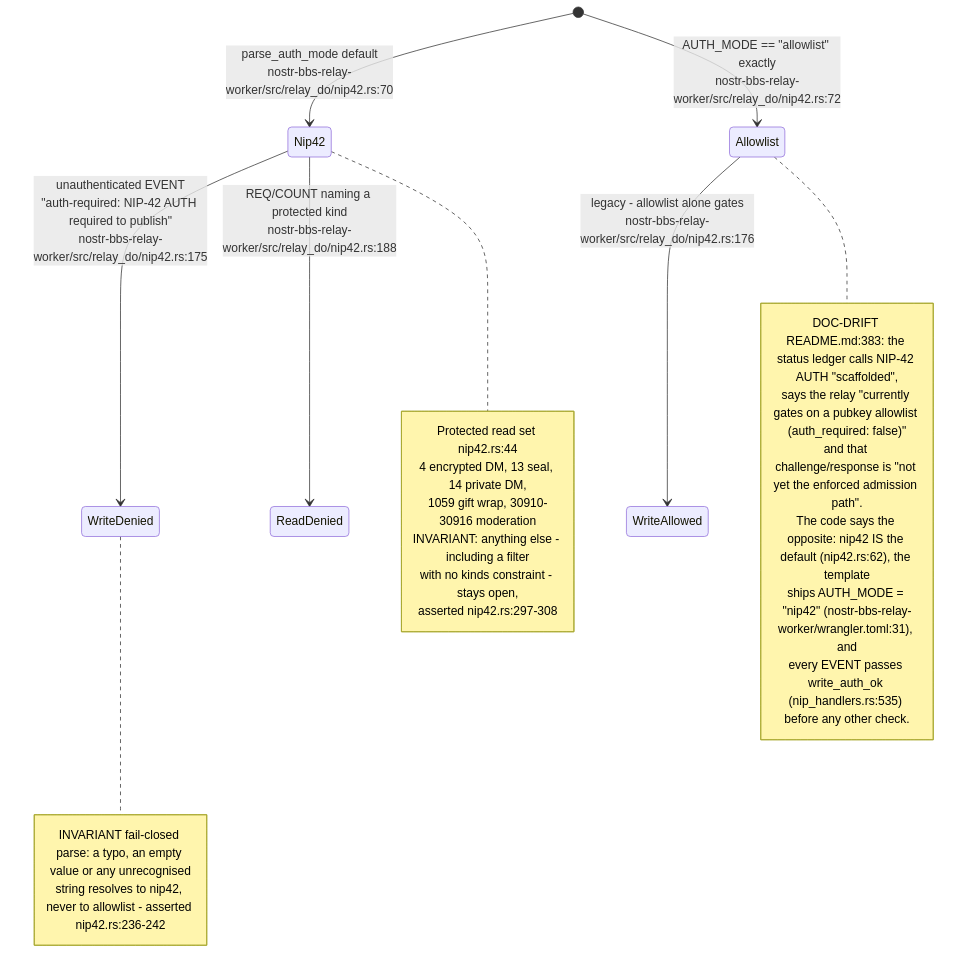
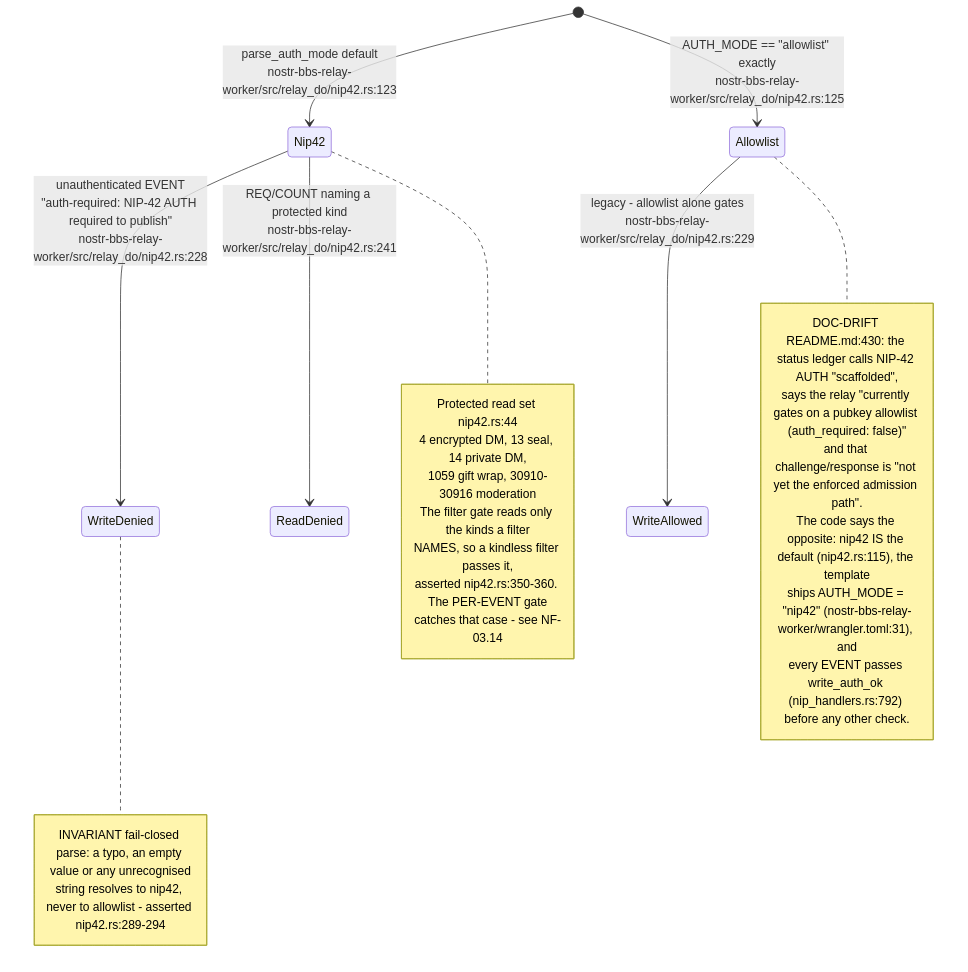
The third of 14 diagrams in docs/diagrams/nostr-rust-forum/03-relay-worker-admission-auth-and-trust.md (DreamLab-AI/VisionFlow), drawn with Mermaid before and after one commit. The commit also changed other lines of this file and 11 other files, not shown here.

````diff
--- a/docs/diagrams/nostr-rust-forum/03-relay-worker-admission-auth-and-trust.md
+++ b/docs/diagrams/nostr-rust-forum/03-relay-worker-admission-auth-and-trust.md
@@ -73,29 +73,30 @@
 ```mermaid
 stateDiagram-v2
-    [*] --> Nip42: parse_auth_mode default<br/>nostr-bbs-relay-worker/src/relay_do/nip42.rs:70
-    [*] --> Allowlist: AUTH_MODE == "allowlist" exactly<br/>nostr-bbs-relay-worker/src/relay_do/nip42.rs:72
-    Nip42 --> WriteDenied: unauthenticated EVENT<br/>"auth-required: NIP-42 AUTH required to publish"<br/>nostr-bbs-relay-worker/src/relay_do/nip42.rs:175
-    Nip42 --> ReadDenied: REQ/COUNT naming a protected kind<br/>nostr-bbs-relay-worker/src/relay_do/nip42.rs:188
-    Allowlist --> WriteAllowed: legacy - allowlist alone gates<br/>nostr-bbs-relay-worker/src/relay_do/nip42.rs:176
+    [*] --> Nip42: parse_auth_mode default<br/>nostr-bbs-relay-worker/src/relay_do/nip42.rs:123
+    [*] --> Allowlist: AUTH_MODE == "allowlist" exactly<br/>nostr-bbs-relay-worker/src/relay_do/nip42.rs:125
+    Nip42 --> WriteDenied: unauthenticated EVENT<br/>"auth-required: NIP-42 AUTH required to publish"<br/>nostr-bbs-relay-worker/src/relay_do/nip42.rs:228
+    Nip42 --> ReadDenied: REQ/COUNT naming a protected kind<br/>nostr-bbs-relay-worker/src/relay_do/nip42.rs:241
+    Allowlist --> WriteAllowed: legacy - allowlist alone gates<br/>nostr-bbs-relay-worker/src/relay_do/nip42.rs:229
 
     note right of Nip42
         Protected read set nip42.rs:44
         4 encrypted DM, 13 seal, 14 private DM,
         1059 gift wrap, 30910-30916 moderation
-        INVARIANT: anything else - including a filter
-        with no kinds constraint - stays open,
-        asserted nip42.rs:297-308
+        The filter gate reads only the kinds a filter
+        NAMES, so a kindless filter passes it,
+        asserted nip42.rs:350-360. The PER-EVENT gate
+        catches that case - see NF-03.14
     end note
     note right of Allowlist
-        DOC-DRIFT README.md:383: the status ledger calls NIP-42 AUTH "scaffolded",
+        DOC-DRIFT README.md:430: the status ledger calls NIP-42 AUTH "scaffolded",
         says the relay "currently gates on a pubkey allowlist (auth_required: false)"
         and that challenge/response is "not yet the enforced admission path".
-        The code says the opposite: nip42 IS the default (nip42.rs:62), the template
+        The code says the opposite: nip42 IS the default (nip42.rs:115), the template
         ships AUTH_MODE = "nip42" (nostr-bbs-relay-worker/wrangler.toml:31), and
-        every EVENT passes write_auth_ok (nip_handlers.rs:535) before any other check.
+        every EVENT passes write_auth_ok (nip_handlers.rs:792) before any other check.
     end note
     note right of WriteDenied
         INVARIANT fail-closed parse: a typo, an empty value or any unrecognised
-        string resolves to nip42, never to allowlist - asserted nip42.rs:236-242
+        string resolves to nip42, never to allowlist - asserted nip42.rs:289-294
     end note
 ```
````
